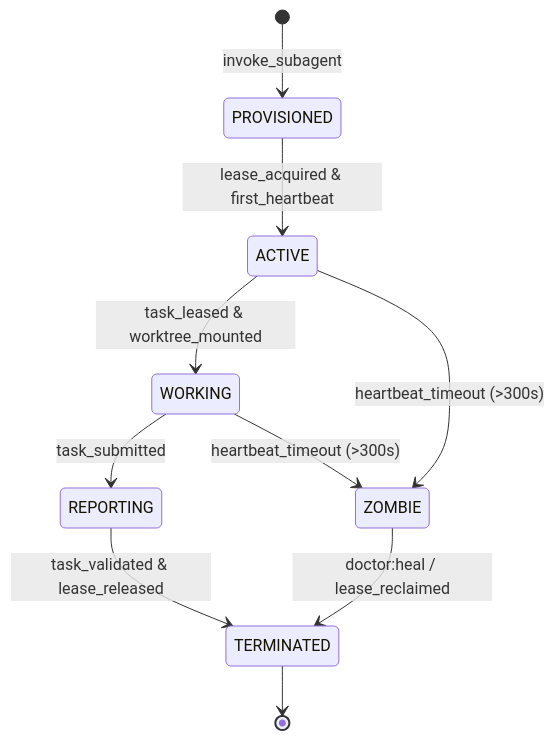
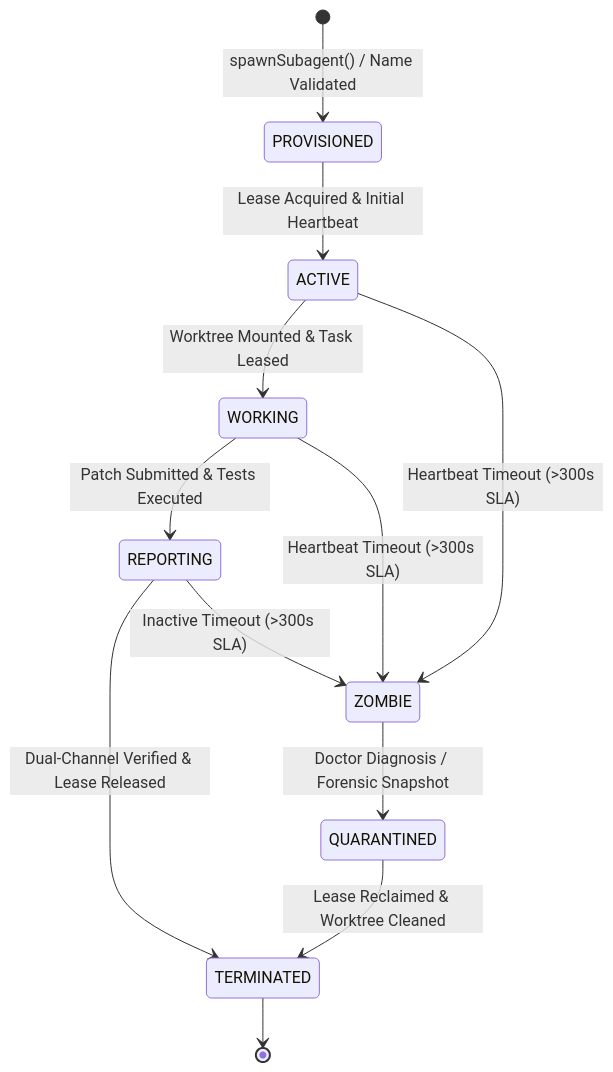
The second of 2 diagrams in docs/olt/architecture/02-four-tier-hierarchy/02-02-subagent-naming-grammar.md (onurseckin/skills), drawn with Mermaid before and after one commit. The commit also changed other lines of this file and 163 other files, not shown here.

Commit message:
feat(olt): complete 7 master initiatives across reporting, doctor, policy, docs, storage and mailboxes

````diff
--- a/docs/olt/architecture/02-four-tier-hierarchy/02-02-subagent-naming-grammar.md
+++ b/docs/olt/architecture/02-four-tier-hierarchy/02-02-subagent-naming-grammar.md
@@ -76,14 +163,17 @@
 ```mermaid
 stateDiagram-v2
-    [*] --> PROVISIONED: invoke_subagent
-    PROVISIONED --> ACTIVE: lease_acquired & first_heartbeat
-    ACTIVE --> WORKING: task_leased & worktree_mounted
-    WORKING --> REPORTING: task_submitted
-    REPORTING --> TERMINATED: task_validated & lease_released
+    [*] --> PROVISIONED: spawnSubagent() / Name Validated
+    PROVISIONED --> ACTIVE: Lease Acquired & Initial Heartbeat
+    ACTIVE --> WORKING: Worktree Mounted & Task Leased
+    WORKING --> REPORTING: Patch Submitted & Tests Executed
+    REPORTING --> TERMINATED: Dual-Channel Verified & Lease Released
 
-    ACTIVE --> ZOMBIE: heartbeat_timeout (>300s)
-    WORKING --> ZOMBIE: heartbeat_timeout (>300s)
-    ZOMBIE --> TERMINATED: doctor:heal / lease_reclaimed
+    ACTIVE --> ZOMBIE: Heartbeat Timeout (>300s SLA)
+    WORKING --> ZOMBIE: Heartbeat Timeout (>300s SLA)
+    REPORTING --> ZOMBIE: Inactive Timeout (>300s SLA)
+
+    ZOMBIE --> QUARANTINED: Doctor Diagnosis / Forensic Snapshot
+    QUARANTINED --> TERMINATED: Lease Reclaimed & Worktree Cleaned
 
     TERMINATED --> [*]
 ```
````
